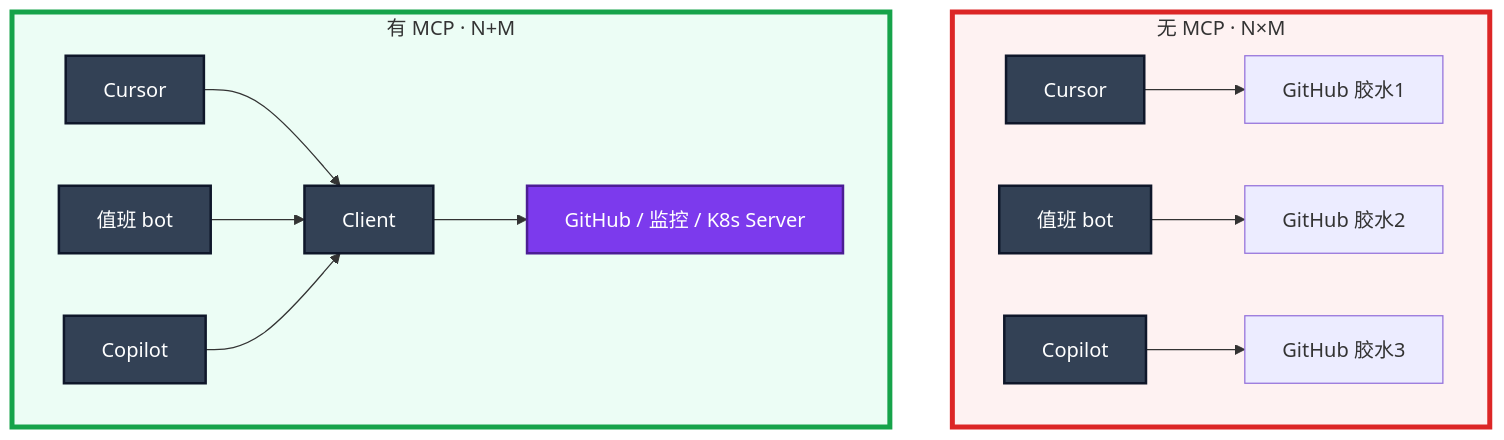
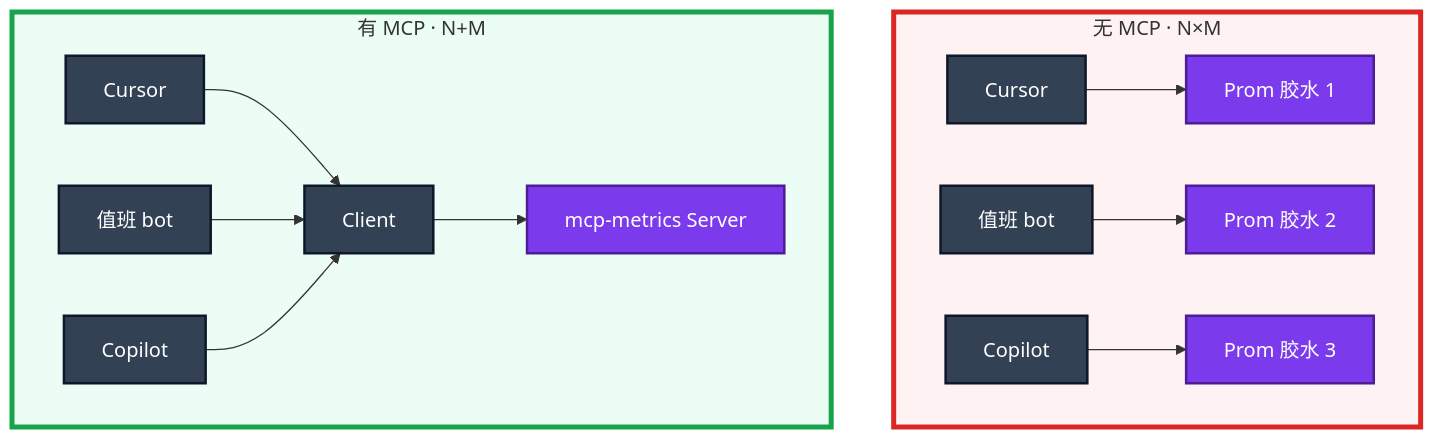
Before and after one commit to ml-cuizijun/LearnToLilith: the first of 3 diagrams in 09-AI与智能运维/05-MCP协议/练习题.md, drawn with Mermaid. The commit also changed other lines of this file and 213 other files, not shown here.

````diff
--- a/09-AI与智能运维/05-MCP协议/练习题.md
+++ b/09-AI与智能运维/05-MCP协议/练习题.md
@@ -41,24 +45,24 @@
 ```mermaid
 flowchart TB
     subgraph no ["无 MCP · N×M"]
-        c1[Cursor] --> g1[GitHub 胶水1]
-        b1[值班 bot] --> g2[GitHub 胶水2]
-        p1[Copilot] --> g3[GitHub 胶水3]
+        c1[Cursor] --> g1[Prom 胶水 1]
+        b1[值班 bot] --> g2[Prom 胶水 2]
+        p1[Copilot] --> g3[Prom 胶水 3]
     end
     subgraph yes ["有 MCP · N+M"]
         c2[Cursor]
         b2[值班 bot]
         p2[Copilot]
         cli[Client]
         c2 --> cli
         b2 --> cli
         p2 --> cli
-        cli --> s[GitHub / 监控 / K8s Server]
+        cli --> s[mcp-metrics Server]
     end
     classDef host fill:#334155,stroke:#0F172A,stroke-width:2px,color:#fff
     classDef srv fill:#7C3AED,stroke:#4C1D95,stroke-width:2px,color:#fff
     class c1,b1,p1,c2,b2,p2,cli host
-    class s srv
+    class s,g1,g2,g3 srv
     style no fill:#FEF2F2,stroke:#DC2626,stroke-width:4px
     style yes fill:#ECFDF5,stroke:#16A34A,stroke-width:4px
 ```
````
